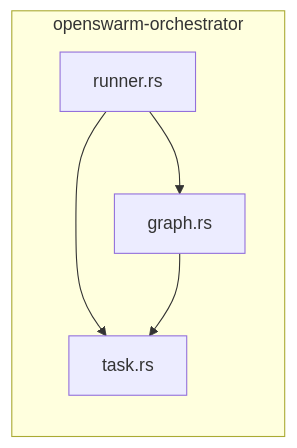
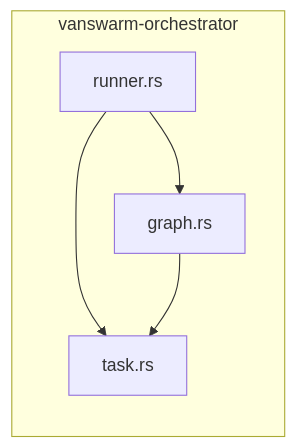
Before and after one commit to Van-Nice/van-swarm: the first of 6 diagrams in documentation/architecture/02-orchestrator.md, drawn with Mermaid. The commit also changed other lines of this file and 80 other files, not shown here.

````diff
--- a/documentation/architecture/02-orchestrator.md
+++ b/documentation/architecture/02-orchestrator.md
@@ -7,12 +7,12 @@
 ```mermaid
 flowchart LR
-    subgraph orchestrator["openswarm-orchestrator"]
+    subgraph orchestrator["vanswarm-orchestrator"]
         graph_mod[graph.rs]
         runner[runner.rs]
         task[task.rs]
     end
 
     runner --> graph_mod
     runner --> task
     graph_mod --> task
 ```
````
